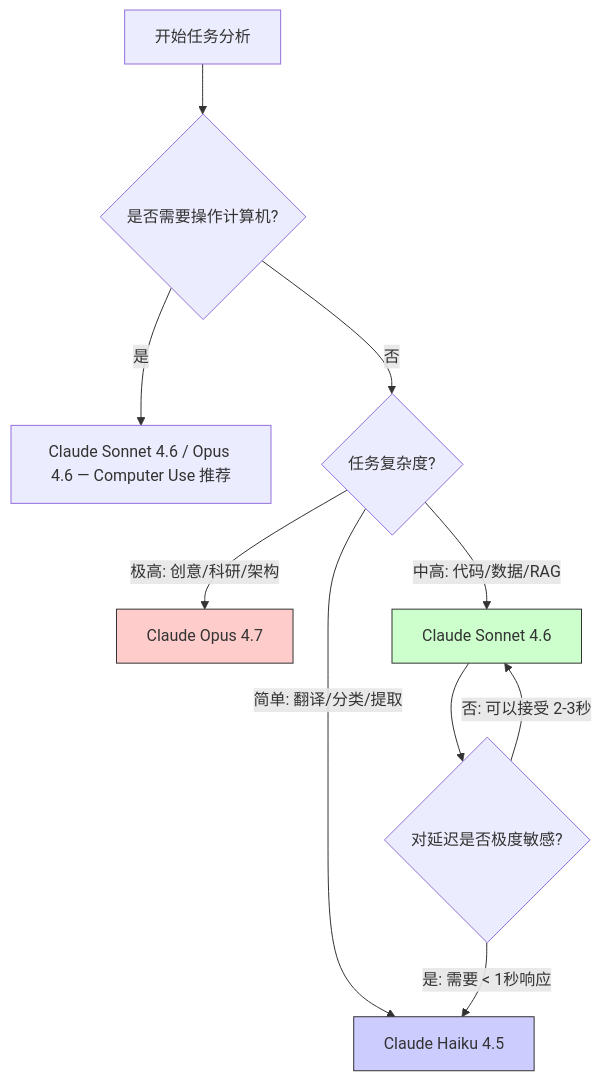
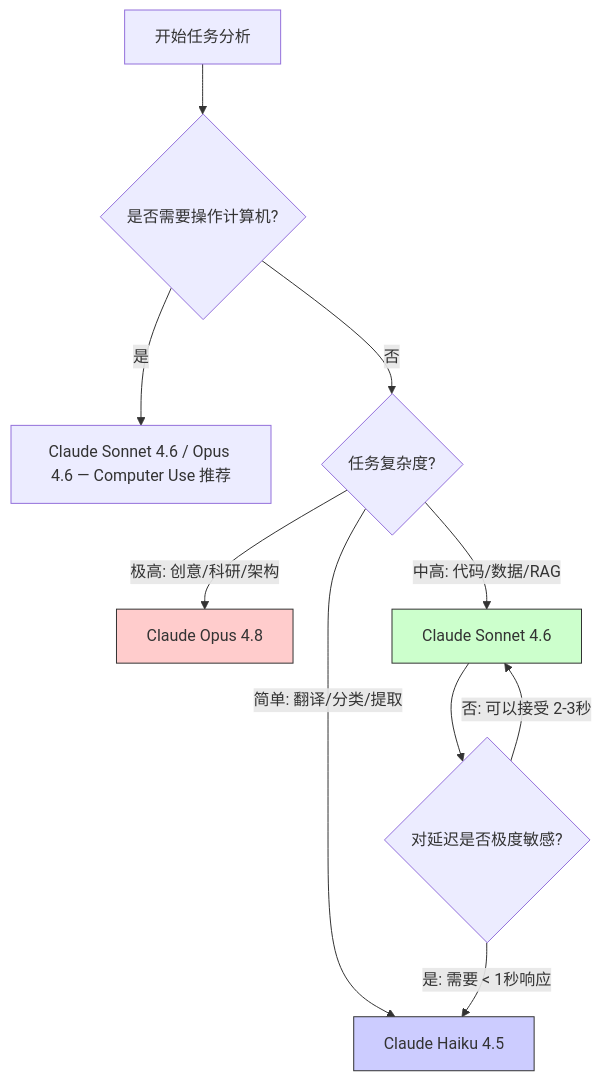
The first of 2 diagrams in 01_intro/1.4_model_selection.md (yeasy/claude_guide), drawn with Mermaid before and after one commit. The commit also changed other lines of this file and 4 other files, not shown here.

````diff
--- a/01_intro/1.4_model_selection.md
+++ b/01_intro/1.4_model_selection.md
@@ -17,18 +17,18 @@
 ```mermaid
 graph TD
     Start["开始任务分析"] --> Q1{"是否需要操作计算机?"}
     Q1 -- "是" --> OpCS["Claude Sonnet 4.6 / Opus 4.6 — Computer Use 推荐"]
     Q1 -- "否" --> Q2{"任务复杂度?"}
 
-    Q2 -- "极高: 创意/科研/架构" --> Opus["Claude Opus 4.7"]
+    Q2 -- "极高: 创意/科研/架构" --> Opus["Claude Opus 4.8"]
     Q2 -- "中高: 代码/数据/RAG" --> Sonnet["Claude Sonnet 4.6"]
     Q2 -- "简单: 翻译/分类/提取" --> Haiku["Claude Haiku 4.5"]
 
     Sonnet --> Q3{"对延迟是否极度敏感?"}
     Q3 -- "是: 需要 < 1秒响应" --> Haiku
     Q3 -- "否: 可以接受 2-3秒" --> Sonnet
 
     style Opus fill:#ffcccc,stroke:#333
     style Sonnet fill:#ccffcc,stroke:#333
     style Haiku fill:#ccccff,stroke:#333
 ```
````
